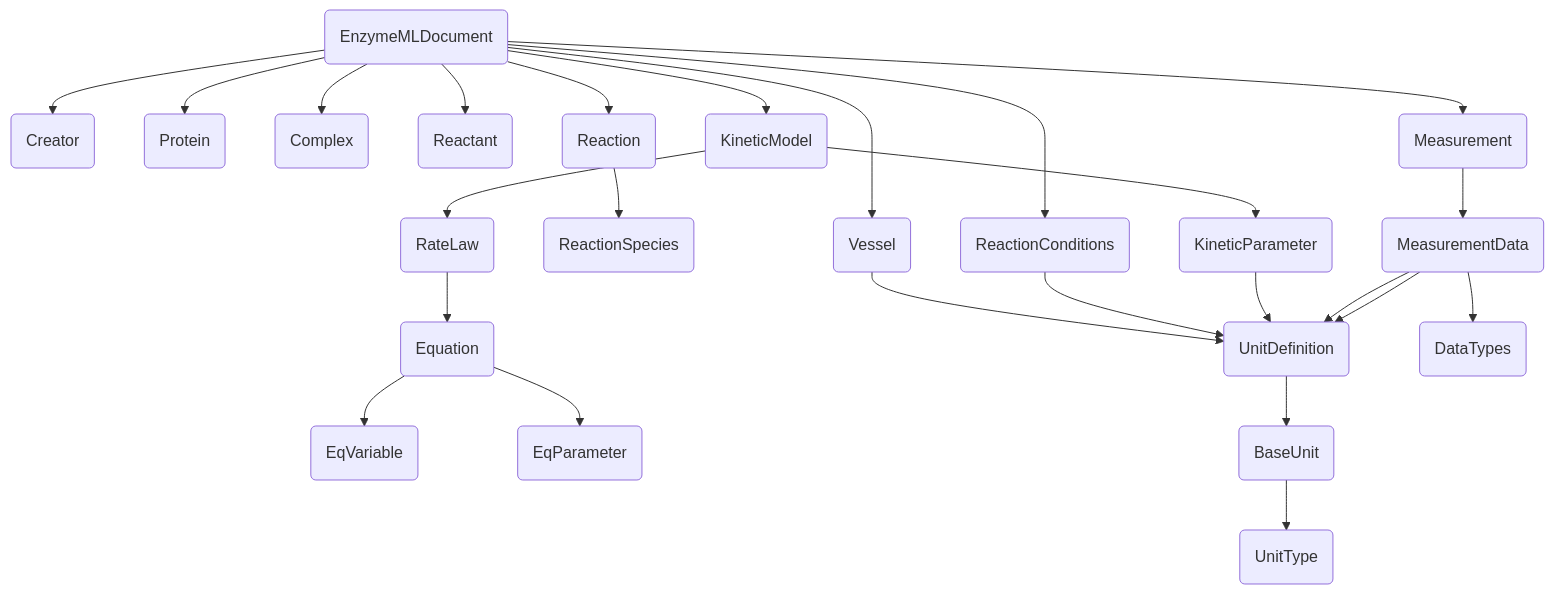
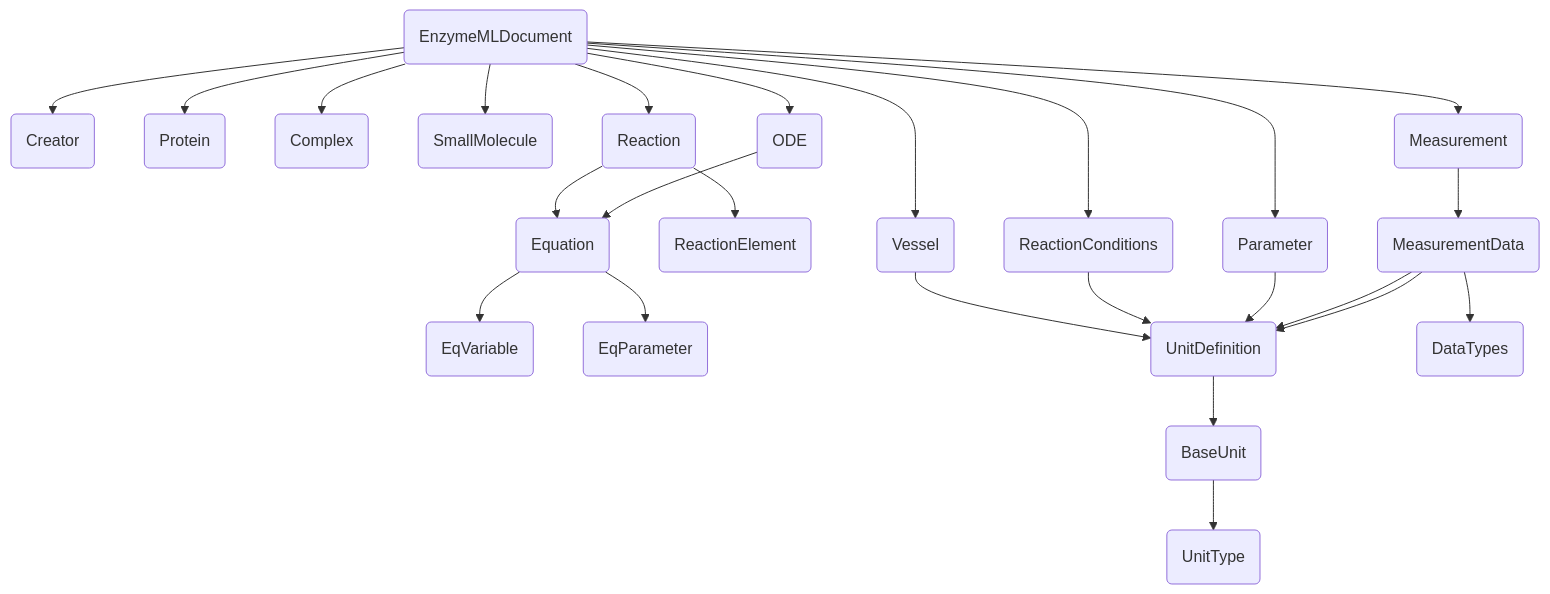
Before and after one commit to EnzymeML/enzymeml-specifications: the diagram in docs/model.md, drawn with Mermaid. The commit also changed other lines of this file and 6 other files, not shown here.

````diff
--- a/docs/model.md
+++ b/docs/model.md
@@ -11,70 +11,68 @@
     ``` mermaid
     flowchart TB
         enzymemldocument(EnzymeMLDocument)
         creator(Creator)
         vessel(Vessel)
         protein(Protein)
         complex(Complex)
-        reactant(Reactant)
+        smallmolecule(SmallMolecule)
         reaction(Reaction)
-        reactionspecies(ReactionSpecies)
+        reactionelement(ReactionElement)
         reactionconditions(ReactionConditions)
-        kineticmodel(KineticModel)
-        ratelaw(RateLaw)
-        kineticparameter(KineticParameter)
+        ode(ODE)
+        parameter(Parameter)
         measurement(Measurement)
         measurementdata(MeasurementData)
         equation(Equation)
         eqvariable(EqVariable)
         eqparameter(EqParameter)
         unitdefinition(UnitDefinition)
         baseunit(BaseUnit)
         datatypes(DataTypes)
         unittype(UnitType)
         enzymemldocument(EnzymeMLDocument) --> creator(Creator)
         enzymemldocument(EnzymeMLDocument) --> vessel(Vessel)
         enzymemldocument(EnzymeMLDocument) --> protein(Protein)
         enzymemldocument(EnzymeMLDocument) --> complex(Complex)
-        enzymemldocument(EnzymeMLDocument) --> reactant(Reactant)
+        enzymemldocument(EnzymeMLDocument) --> smallmolecule(SmallMolecule)
         enzymemldocument(EnzymeMLDocument) --> reaction(Reaction)
         enzymemldocument(EnzymeMLDocument) --> reactionconditions(ReactionConditions)
         enzymemldocument(EnzymeMLDocument) --> measurement(Measurement)
-        enzymemldocument(EnzymeMLDocument) --> kineticmodel(KineticModel)
+        enzymemldocument(EnzymeMLDocument) --> ode(ODE)
+        enzymemldocument(EnzymeMLDocument) --> parameter(Parameter)
         vessel(Vessel) --> unitdefinition(UnitDefinition)
-        reaction(Reaction) --> reactionspecies(ReactionSpecies)
+        reaction(Reaction) --> equation(Equation)
+        reaction(Reaction) --> reactionelement(ReactionElement)
         reactionconditions(ReactionConditions) --> unitdefinition(UnitDefinition)
-        kineticmodel(KineticModel) --> ratelaw(RateLaw)
-        kineticmodel(KineticModel) --> kineticparameter(KineticParameter)
-        ratelaw(RateLaw) --> equation(Equation)
-        kineticparameter(KineticParameter) --> unitdefinition(UnitDefinition)
+        ode(ODE) --> equation(Equation)
+        parameter(Parameter) --> unitdefinition(UnitDefinition)
         measurement(Measurement) --> measurementdata(MeasurementData)
         measurementdata(MeasurementData) --> datatypes(DataTypes)
         measurementdata(MeasurementData) --> unitdefinition(UnitDefinition)
         measurementdata(MeasurementData) --> unitdefinition(UnitDefinition)
         equation(Equation) --> eqvariable(EqVariable)
         equation(Equation) --> eqparameter(EqParameter)
         unitdefinition(UnitDefinition) --> baseunit(BaseUnit)
         baseunit(BaseUnit) --> unittype(UnitType)
 
         click enzymemldocument "#enzymemldocument" "Go to EnzymeMLDocument"
         click creator "#creator" "Go to Creator"
         click vessel "#vessel" "Go to Vessel"
         click protein "#protein" "Go to Protein"
         click complex "#complex" "Go to Complex"
-        click reactant "#reactant" "Go to Reactant"
+        click smallmolecule "#smallmolecule" "Go to SmallMolecule"
         click reaction "#reaction" "Go to Reaction"
-        click reactionspecies "#reactionspecies" "Go to ReactionSpecies"
+        click reactionelement "#reactionelement" "Go to ReactionElement"
         click reactionconditions "#reactionconditions" "Go to ReactionConditions"
-        click kineticmodel "#kineticmodel" "Go to KineticModel"
-        click ratelaw "#ratelaw" "Go to RateLaw"
-        click kineticparameter "#kineticparameter" "Go to KineticParameter"
+        click ode "#ode" "Go to ODE"
+        click parameter "#parameter" "Go to Parameter"
         click measurement "#measurement" "Go to Measurement"
         click measurementdata "#measurementdata" "Go to MeasurementData"
         click equation "#equation" "Go to Equation"
         click eqvariable "#eqvariable" "Go to EqVariable"
         click eqparameter "#eqparameter" "Go to EqParameter"
         click unitdefinition "#unitdefinition" "Go to UnitDefinition"
         click baseunit "#baseunit" "Go to BaseUnit"
         click datatypes "#datatypes" "Go to DataTypes"
         click unittype "#unittype" "Go to UnitType"
     ```
````
